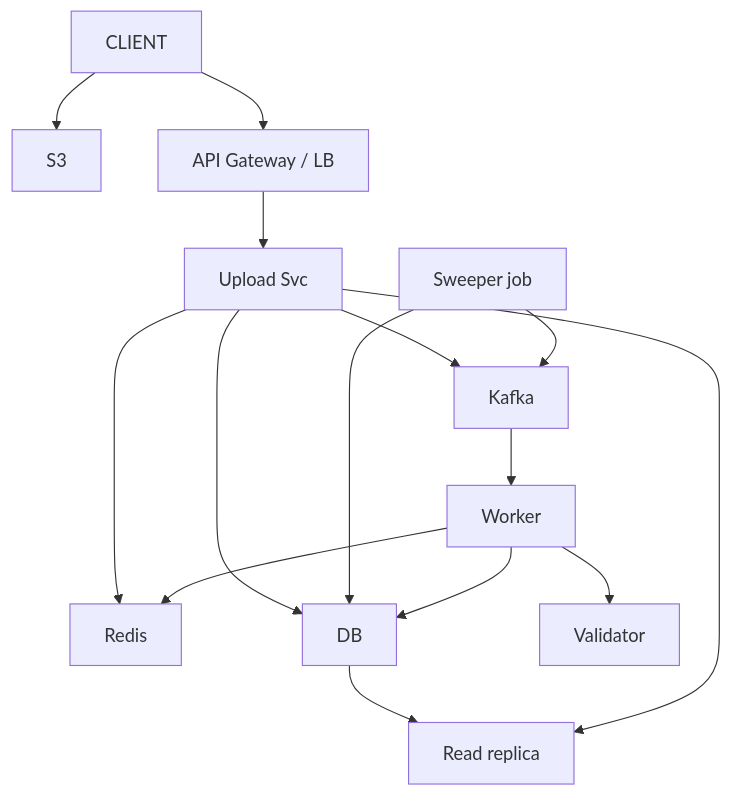
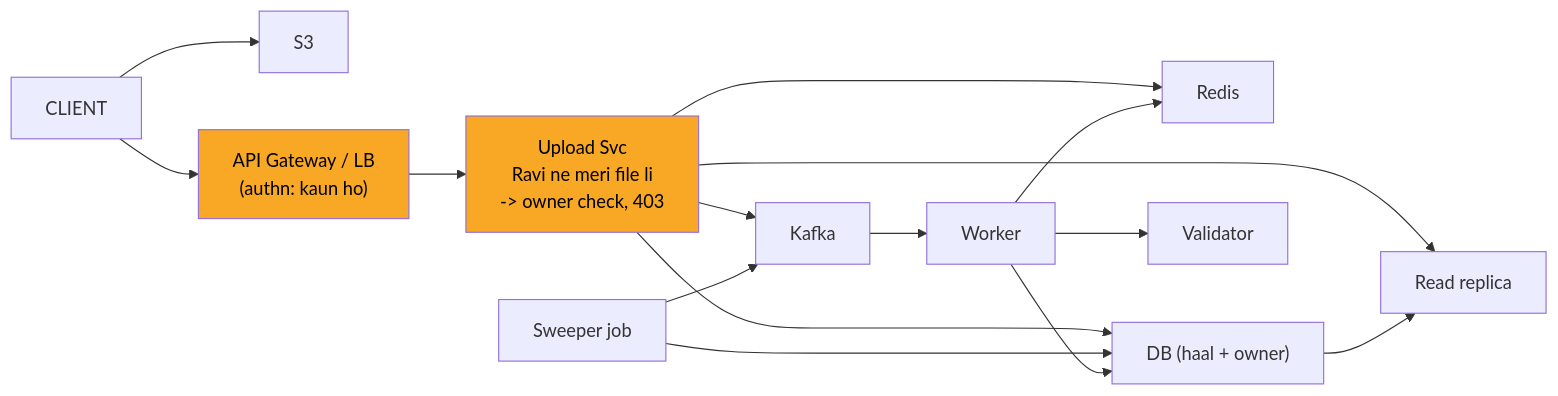
One commit to ArpanMaheshwari144/Prep changed the eighth of 11 diagrams in 04_HLD/SYSTEM_DESIGNS/07_file_upload_validate_system/07_file_upload_INTERVIEW.md. Above: the diagram before and after it, drawn with Mermaid. The commit also changed other lines of this file and 2 other files, not shown here.

Commit message:
notification, payment, file upload: one-day story, short cards, follow-ups with rules, highlighted diagrams

````diff
--- a/04_HLD/SYSTEM_DESIGNS/07_file_upload_validate_system/07_file_upload_INTERVIEW.md
+++ b/04_HLD/SYSTEM_DESIGNS/07_file_upload_validate_system/07_file_upload_INTERVIEW.md
@@ -324,28 +325,30 @@
 ```mermaid
-flowchart TD
+flowchart LR
     n_CLIENT["CLIENT"]
     n_S3["S3"]
-    n_API_Gateway_LB["API Gateway / LB"]
-    n_Upload_Svc["Upload Svc"]
+    n_API_Gateway_LB["API Gateway / LB<br/>(authn: kaun ho)"]
+    n_Upload_Svc["Upload Svc<br/>Ravi ne meri file li<br/>-> owner check, 403"]
     n_Redis["Redis"]
-    n_DB["DB"]
+    n_DB["DB (haal + owner)"]
     n_Read_replica["Read replica"]
     n_Sweeper_job["Sweeper job"]
     n_Kafka["Kafka"]
     n_Worker["Worker"]
     n_Validator["Validator"]
     n_CLIENT --> n_S3
     n_CLIENT --> n_API_Gateway_LB
     n_API_Gateway_LB --> n_Upload_Svc
     n_Upload_Svc --> n_Redis
     n_Upload_Svc --> n_DB
+    n_Upload_Svc --> n_Read_replica
+    n_DB --> n_Read_replica
     n_Upload_Svc --> n_Kafka
-    n_DB --> n_Read_replica
     n_Sweeper_job --> n_DB
+    n_Sweeper_job --> n_Kafka
     n_Kafka --> n_Worker
     n_Worker --> n_Validator
     n_Worker --> n_DB
     n_Worker --> n_Redis
-    n_Upload_Svc --> n_Read_replica
-    n_Sweeper_job --> n_Kafka
+    style n_API_Gateway_LB fill:#f9a825,color:#000
+    style n_Upload_Svc fill:#f9a825,color:#000
 ```
````
